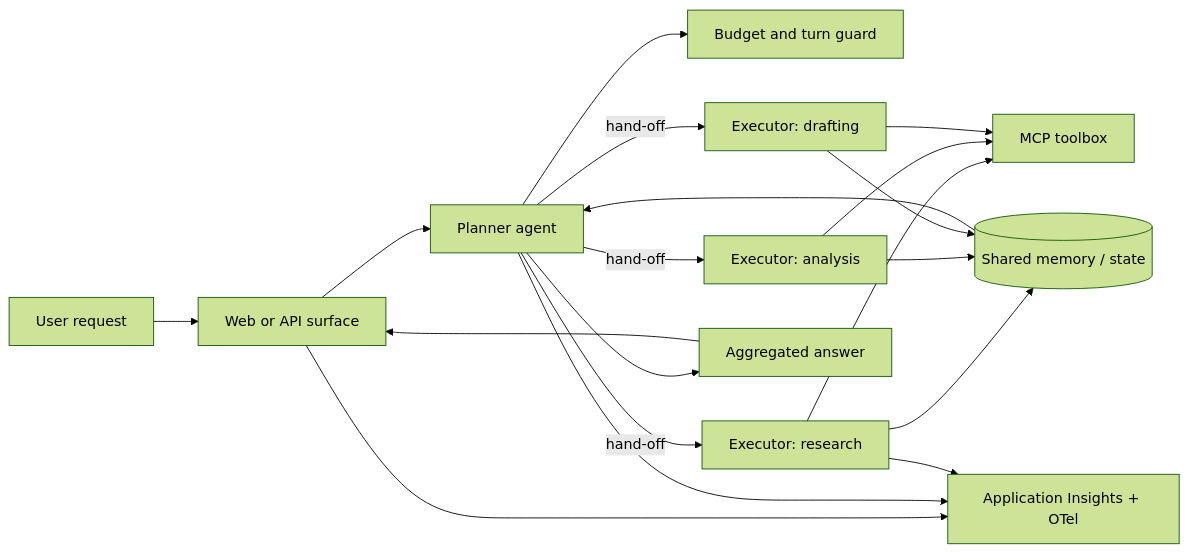
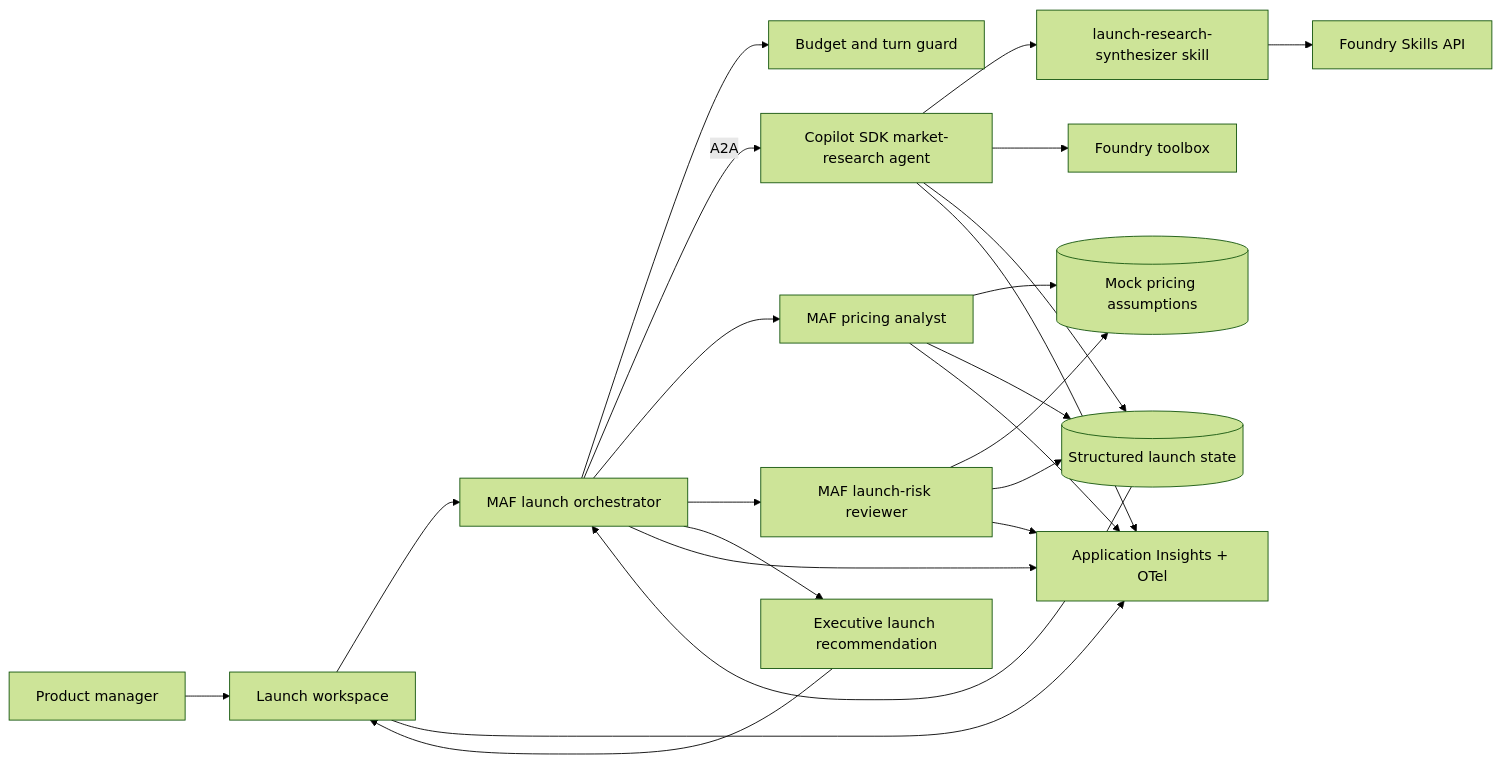
The diagram in playbooks/multi-agent-orchestration/README.md (aiappsgbb/agentic-loop), drawn with Mermaid (forest theme) before and after one commit. The commit also changed other lines of this file and 5 other files, not shown here.

````diff
--- a/playbooks/multi-agent-orchestration/README.md
+++ b/playbooks/multi-agent-orchestration/README.md
@@ -27,21 +27,25 @@
 ```mermaid
 flowchart LR
-  User[User request] --> App[Web or API surface]
-  App --> Planner[Planner agent]
+  User[Product manager] --> App[Launch workspace]
+  App --> Planner[MAF launch orchestrator]
   Planner --> Budget[Budget and turn guard]
-  Planner -->|hand-off| Exec1[Executor: research]
-  Planner -->|hand-off| Exec2[Executor: analysis]
-  Planner -->|hand-off| Exec3[Executor: drafting]
-  Exec1 --> Tools[MCP toolbox]
-  Exec2 --> Tools
-  Exec3 --> Tools
-  Exec1 --> Memory[(Shared memory / state)]
-  Exec2 --> Memory
-  Exec3 --> Memory
+  Planner -->|A2A| Research[Copilot SDK market-research agent]
+  Planner --> Pricing[MAF pricing analyst]
+  Planner --> Risk[MAF launch-risk reviewer]
+  Research --> Skill[launch-research-synthesizer skill]
+  Skill --> SkillsAPI[Foundry Skills API]
+  Research --> Toolbox[Foundry toolbox]
+  Pricing --> MockData[(Mock pricing assumptions)]
+  Risk --> MockData
+  Research --> Memory[(Structured launch state)]
+  Pricing --> Memory
+  Risk --> Memory
   Memory --> Planner
-  Planner --> Aggregate[Aggregated answer]
+  Planner --> Aggregate[Executive launch recommendation]
   Aggregate --> App
   App --> Insights[Application Insights + OTel]
   Planner --> Insights
-  Exec1 --> Insights
+  Research --> Insights
+  Pricing --> Insights
+  Risk --> Insights
 ```
````
